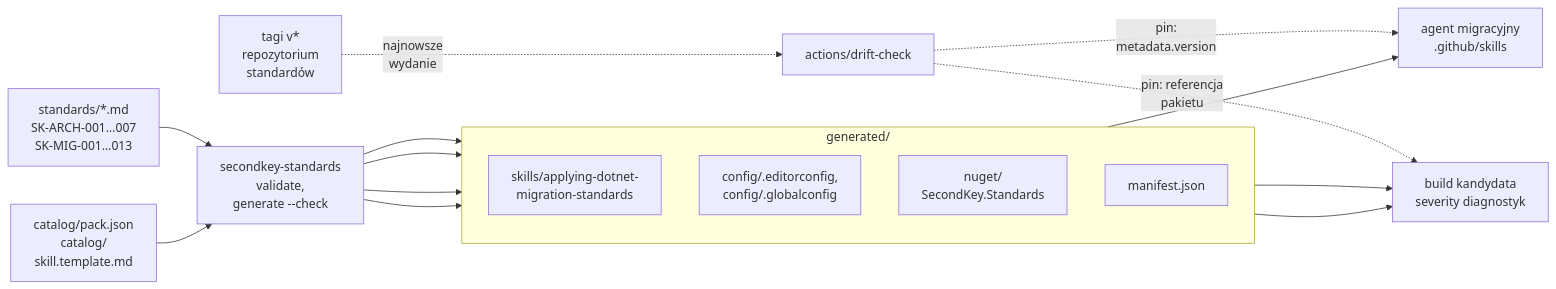
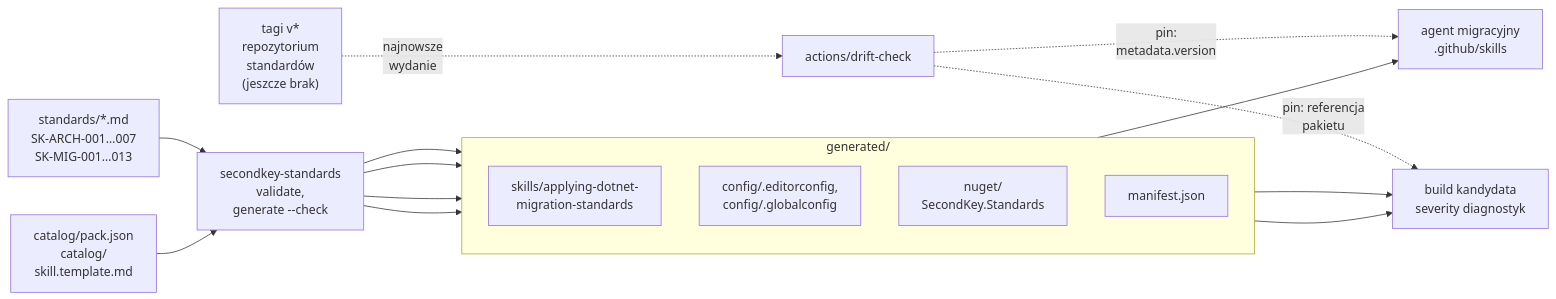
Before and after one commit to konradcinkusz/letsgolegacy.secondkey: the diagram in docs/diagrams/a9-standardy.mmd, drawn with Mermaid. The commit also changed 1 other file, not shown here.

```diff
--- a/docs/diagrams/a9-standardy.mmd
+++ b/docs/diagrams/a9-standardy.mmd
@@ -1,20 +1,20 @@
 flowchart LR
   SRC["standards/*.md<br/>SK-ARCH-001…007<br/>SK-MIG-001…013"] --> GEN["secondkey-standards<br/>validate,<br/>generate --check"]
   CAT["catalog/pack.json<br/>catalog/<br/>skill.template.md"] --> GEN
   subgraph OUT["generated/"]
     direction TB
     SKILL["skills/applying-dotnet-<br/>migration-standards"]
     CFG["config/.editorconfig,<br/>config/.globalconfig"]
     NUP["nuget/<br/>SecondKey.Standards"]
     MAN["manifest.json"]
   end
   GEN --> SKILL
   GEN --> CFG
   GEN --> NUP
   GEN --> MAN
   SKILL --> AG["agent migracyjny<br/>.github/skills"]
   NUP --> BUILD["build kandydata<br/>severity diagnostyk"]
   CFG --> BUILD
-  REL["tagi v*<br/>repozytorium<br/>standardów"] -. "najnowsze<br/>wydanie" .-> DRIFT["actions/drift-check"]
+  REL["tagi v*<br/>repozytorium<br/>standardów<br/>(jeszcze brak)"] -. "najnowsze<br/>wydanie" .-> DRIFT["actions/drift-check"]
   DRIFT -. "pin:<br/>metadata.version" .-> AG
   DRIFT -. "pin: referencja<br/>pakietu" .-> BUILD
```
